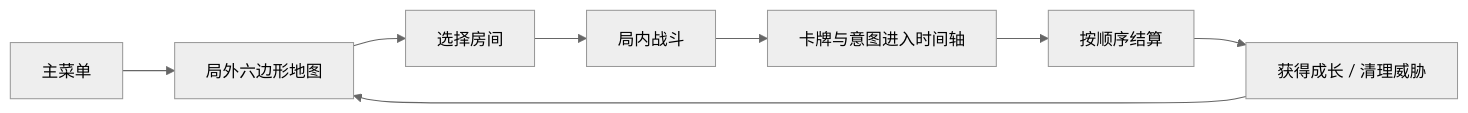
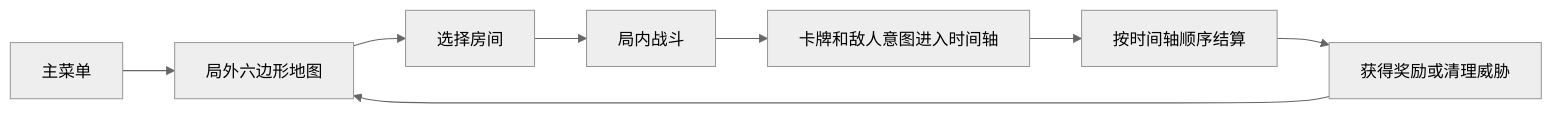
One commit to xcyhjn/time-key-godot changed the first of 4 diagrams in README.md. Above: the diagram before and after it, drawn with Mermaid (neutral theme). The commit also changed other lines of this file and 18 other files, not shown here.

````diff
--- a/README.md
+++ b/README.md
@@ -23,10 +9,10 @@
 ```mermaid
 flowchart LR
     A[主菜单] --> B[局外六边形地图]
     B --> C[选择房间]
     C --> D[局内战斗]
-    D --> E[卡牌与意图进入时间轴]
-    E --> F[按顺序结算]
-    F --> G[获得成长 / 清理威胁]
+    D --> E[卡牌和敌人意图进入时间轴]
+    E --> F[按时间轴顺序结算]
+    F --> G[获得奖励或清理威胁]
     G --> B
 ```
````
